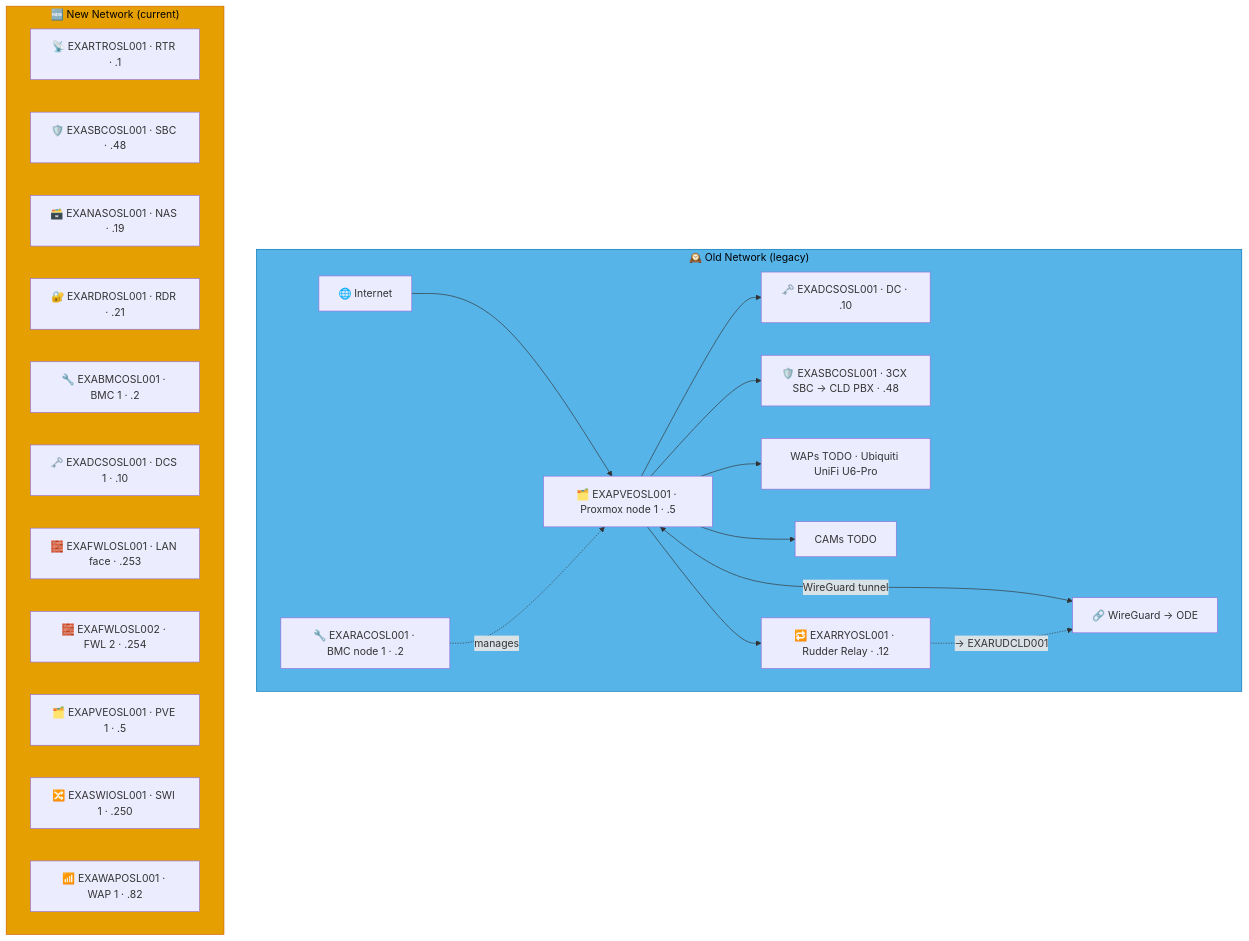
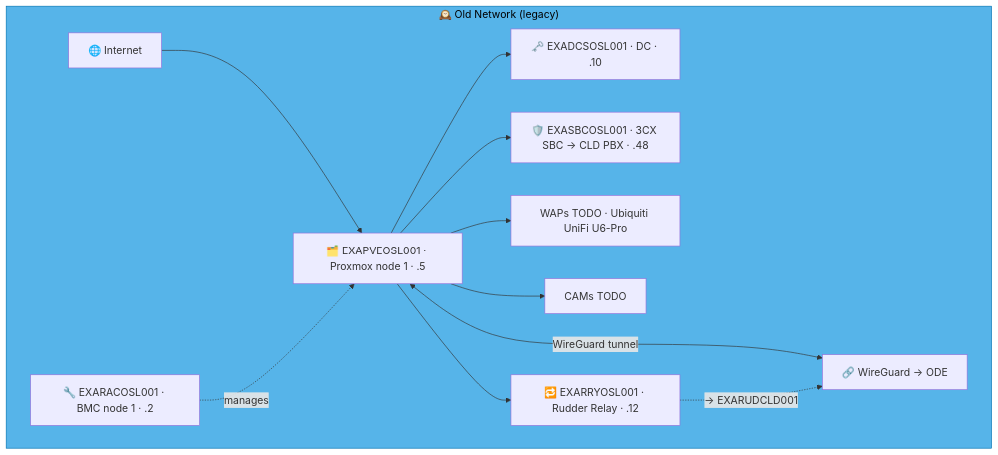
One commit to knightmare2600/example_music_infra changed the first of 2 diagrams in docs/network-diagram/norge.md. Above: the diagram before and after it, drawn with Mermaid. The commit also changed other lines of this file and 35 other files, not shown here.

````diff
--- a/docs/network-diagram/norge.md
+++ b/docs/network-diagram/norge.md
@@ -16,39 +16,23 @@
 ```mermaid
 graph TD
     subgraph OLD_OSL ["🕰️ Old Network (legacy)"]
       INET["🌐 Internet"]
       RAC["🔧 EXARACOSL001 · BMC node 1 · .2"]
       PVE["🗂️ EXAPVEOSL001 · Proxmox node 1 · .5"]
       DC["🗝️ EXADCSOSL001 · DC · .10"]
       SBC["🛡️ EXASBCOSL001 · 3CX SBC → CLD PBX · .48"]
       RRY["🔁 EXARRYOSL001 · Rudder Relay · .12"]
       WAP["WAPs TODO · Ubiquiti UniFi U6-Pro"]
       CAM["CAMs TODO"]
       VPN["🔗 WireGuard → ODE"]
 
       INET --> PVE --> DC & SBC
       RAC -.->|"manages"| PVE
       PVE --> WAP & CAM
       PVE <-->|"WireGuard tunnel"| VPN
 
       PVE --> RRY
       RRY -. "→ EXARUDCLD001" .-> VPN
     end
     style OLD_OSL fill:#56B4E9,stroke:#0072B2,color:#000000
-    %% GENERATED:NEW-NETWORK:OSL:START
-    subgraph NEW_OSL ["🆕 New Network (current)"]
-      N_RTR["📡 EXARTROSL001 · RTR · .1"]
-      N_SBC["🛡️ EXASBCOSL001 · SBC · .48"]
-      N_NAS["🗃️ EXANASOSL001 · NAS · .19"]
-      N_RDR["🔐 EXARDROSL001 · RDR · .21"]
-      N_BMC["🔧 EXABMCOSL001 · BMC 1 · .2"]
-      N_DCS["🗝️ EXADCSOSL001 · DCS 1 · .10"]
-      N_FWL["🧱 EXAFWLOSL001 · LAN face · .253"]
-      N_FWL2["🧱 EXAFWLOSL002 · FWL 2 · .254"]
-      N_PVE["🗂️ EXAPVEOSL001 · PVE 1 · .5"]
-      N_SWI["🔀 EXASWIOSL001 · SWI 1 · .250"]
-      N_WAP["📶 EXAWAPOSL001 · WAP 1 · .82"]
-    end
-    style NEW_OSL fill:#E69F00,stroke:#D55E00,color:#000000
-    %% GENERATED:NEW-NETWORK:OSL:END
 ```
````
